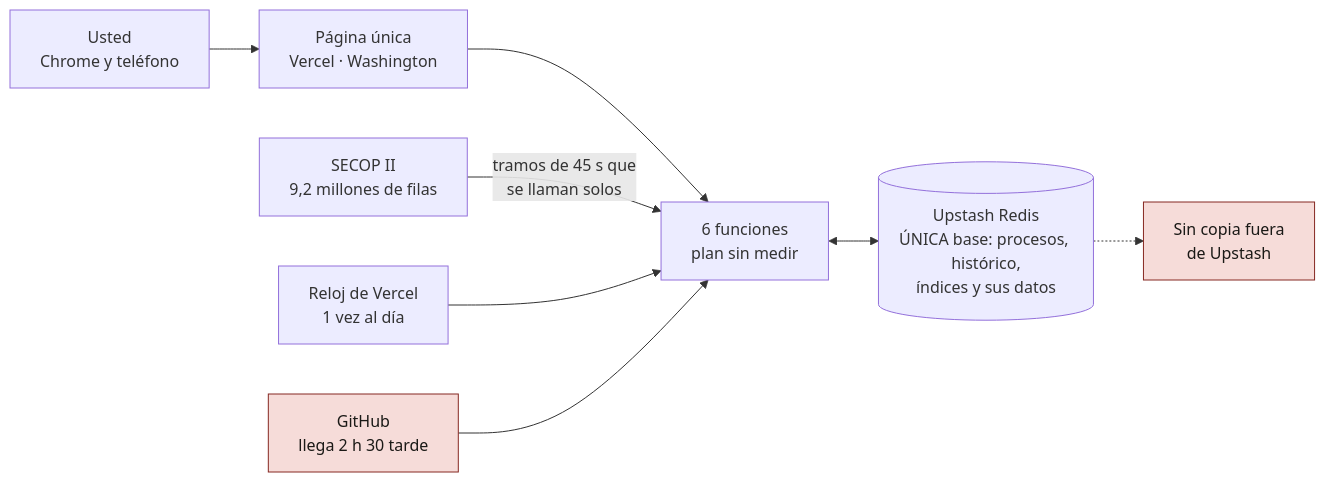
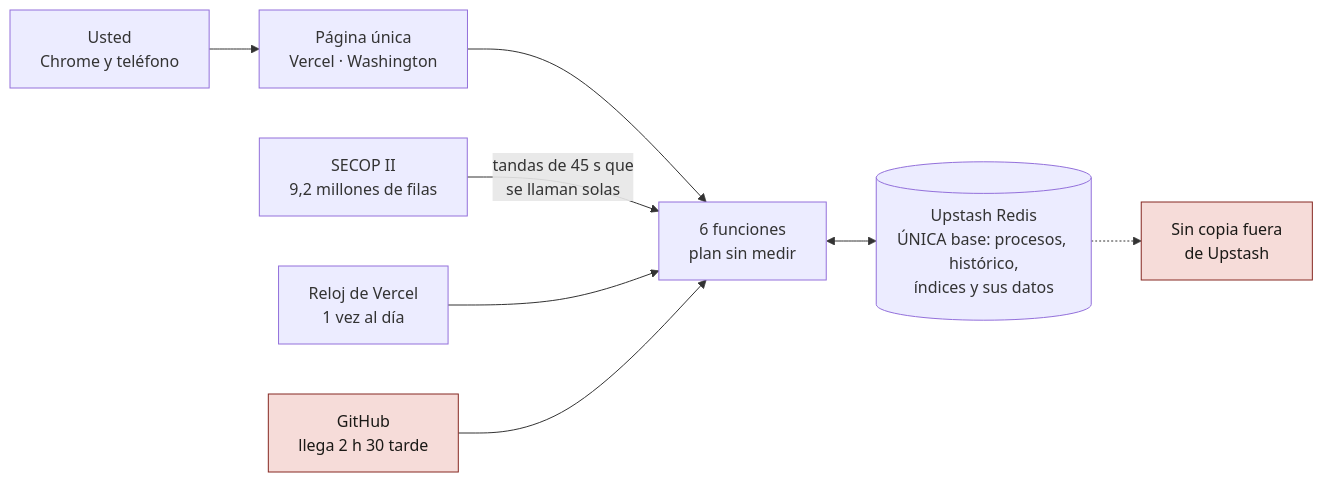
One commit to Mauricio7x/portafolio-estrategico changed the first of 3 diagrams in docs/INFRAESTRUCTURA_2026-09-27.md. Above: the diagram before and after it, drawn with Mermaid. The commit also changed other lines of this file and 2 other files, not shown here.

First line of the commit message:
Informe de infraestructura: lo que encontraron los dos revisores

````diff
--- a/docs/INFRAESTRUCTURA_2026-09-27.md
+++ b/docs/INFRAESTRUCTURA_2026-09-27.md
@@ -28,12 +30,12 @@
 ```mermaid
 flowchart LR
   U["Usted<br/>Chrome y teléfono"] --> W["Página única<br/>Vercel · Washington"]
   W --> F["6 funciones<br/>plan sin medir"]
   F <--> R[("Upstash Redis<br/>ÚNICA base: procesos, histórico,<br/>índices y sus datos")]
-  S["SECOP II<br/>9,2 millones de filas"] -->|"tramos de 45 s que<br/>se llaman solos"| F
+  S["SECOP II<br/>9,2 millones de filas"] -->|"tandas de 45 s que<br/>se llaman solas"| F
   C["Reloj de Vercel<br/>1 vez al día"] --> F
   G["GitHub<br/>llega 2 h 30 tarde"] --> F
   R -.-> N["Sin copia fuera<br/>de Upstash"]
   classDef mal fill:#f6dcd9,stroke:#862822,color:#1a1916
   class N,G mal
 ```
````
